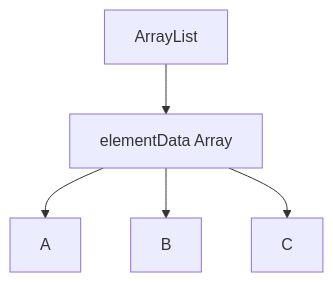
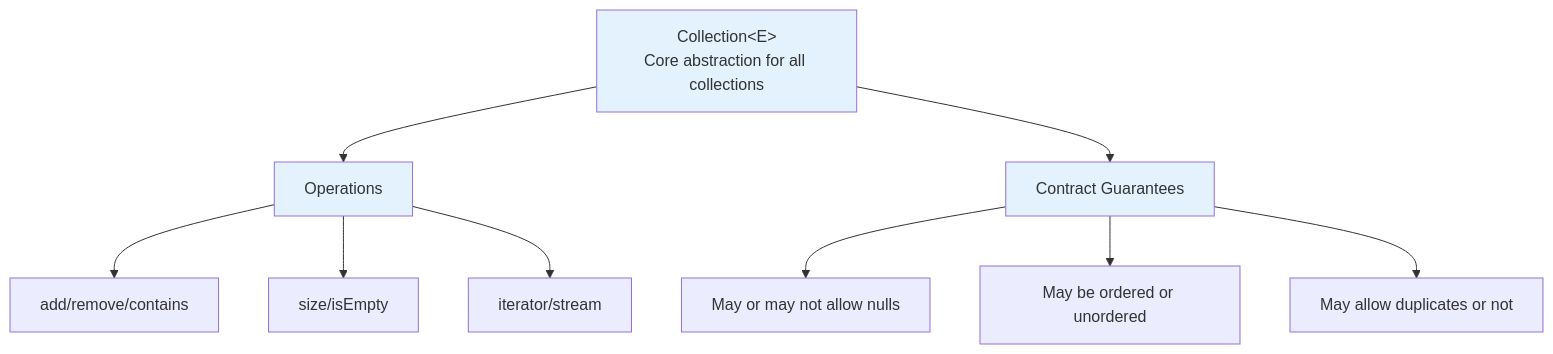
Before and after one commit to srinidevlearn/java-learn-collections: the third of 29 diagrams in README.md, drawn with Mermaid. The commit also changed other lines of this file, not shown here.

````diff
--- a/README.md
+++ b/README.md
@@ -101,7 +97,16 @@
 ```mermaid
 graph TD
-    A[ArrayList] --> B[elementData Array]
-    B --> C["A"]
-    B --> D["B"]
-    B --> E["C"]
+    A["Collection&lt;E&gt;<br/>Core abstraction for all collections"] --> B["Operations"]
+    B --> B1["add/remove/contains"]
+    B --> B2["size/isEmpty"]
+    B --> B3["iterator/stream"]
+    
+    A --> C["Contract Guarantees"]
+    C --> C1["May or may not allow nulls"]
+    C --> C2["May be ordered or unordered"]
+    C --> C3["May allow duplicates or not"]
+    
+    style A fill:#e3f2fd
+    style B fill:#e3f2fd
+    style C fill:#e3f2fd
 ```
````
